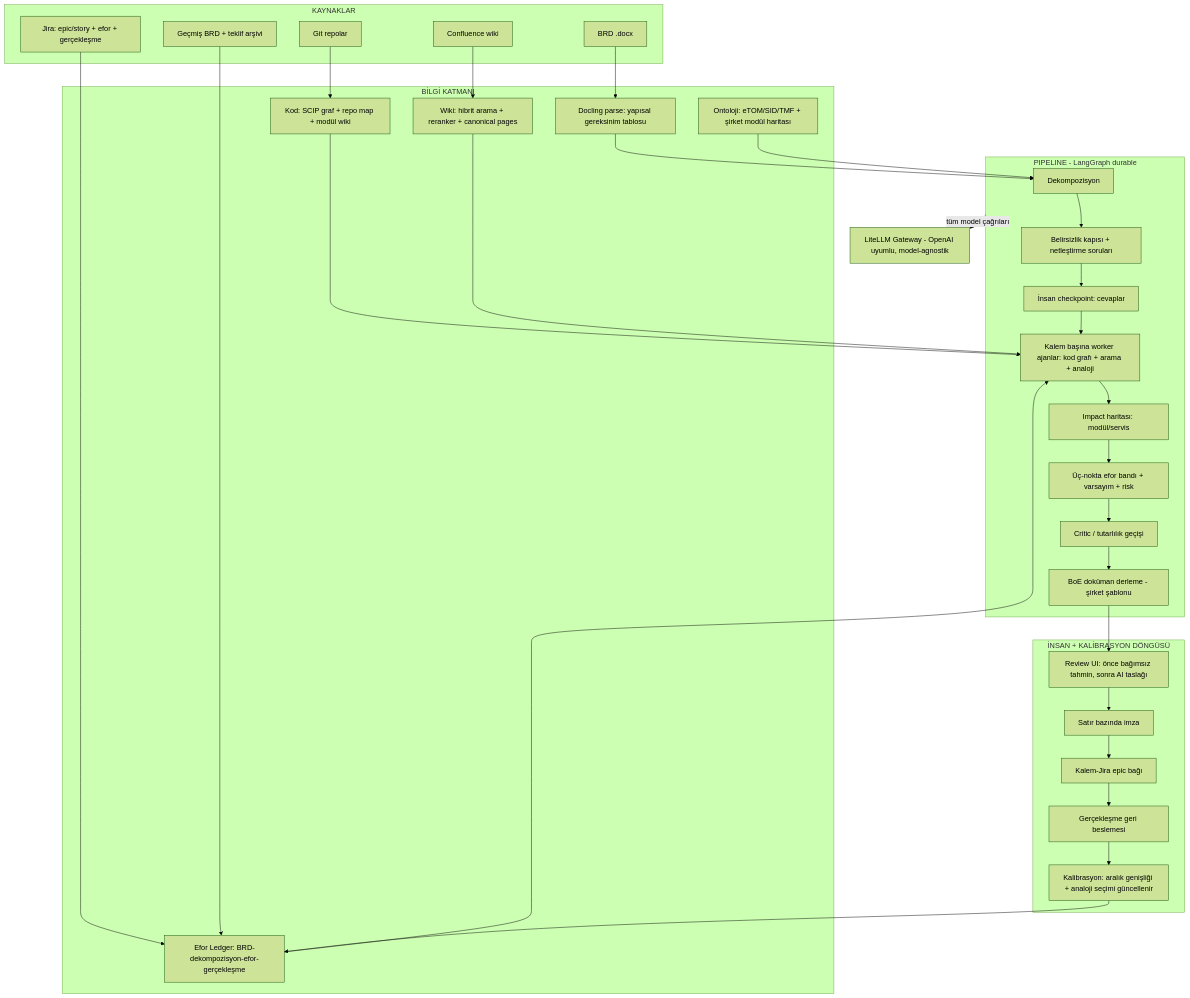
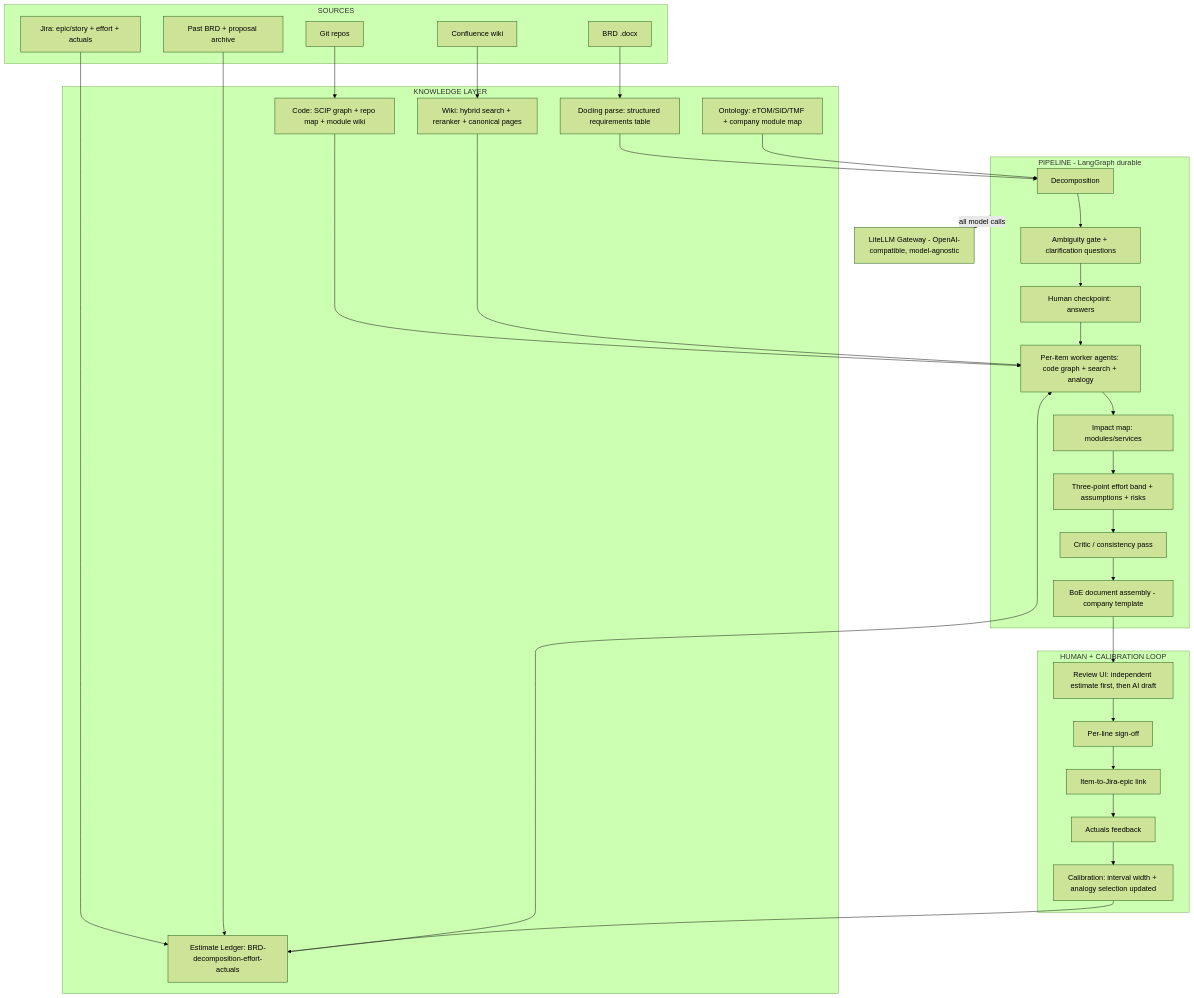
The diagram in docs/RESEARCH.md (Sangaibisi/estimo), drawn with Mermaid (forest theme) before and after one commit. The commit also changed other lines of this file and 16 other files, not shown here.

````diff
--- a/docs/RESEARCH.md
+++ b/docs/RESEARCH.md
@@ -102,52 +102,52 @@
 ```mermaid
 flowchart TB
-    subgraph SRC["KAYNAKLAR"]
+    subgraph SRC["SOURCES"]
         BRD["BRD .docx"]
         CONF["Confluence wiki"]
-        GIT["Git repolar"]
-        JIRA["Jira: epic/story + efor + gerçekleşme"]
-        ARC["Geçmiş BRD + teklif arşivi"]
+        GIT["Git repos"]
+        JIRA["Jira: epic/story + effort + actuals"]
+        ARC["Past BRD + proposal archive"]
     end
 
-    subgraph KNW["BİLGİ KATMANI"]
-        PARSE["Docling parse: yapısal gereksinim tablosu"]
-        CODE["Kod: SCIP graf + repo map + modül wiki"]
-        WIKI["Wiki: hibrit arama + reranker + canonical pages"]
-        LEDGER["Efor Ledger: BRD-dekompozisyon-efor-gerçekleşme"]
-        ONTO["Ontoloji: eTOM/SID/TMF + şirket modül haritası"]
+    subgraph KNW["KNOWLEDGE LAYER"]
+        PARSE["Docling parse: structured requirements table"]
+        CODE["Code: SCIP graph + repo map + module wiki"]
+        WIKI["Wiki: hybrid search + reranker + canonical pages"]
+        LEDGER["Estimate Ledger: BRD-decomposition-effort-actuals"]
+        ONTO["Ontology: eTOM/SID/TMF + company module map"]
     end
 
     subgraph PIPE["PIPELINE - LangGraph durable"]
-        DEC["Dekompozisyon"]
-        AMB["Belirsizlik kapısı + netleştirme soruları"]
-        HITL1["İnsan checkpoint: cevaplar"]
-        WRK["Kalem başına worker ajanlar: kod grafı + arama + analoji"]
-        IMP["Impact haritası: modül/servis"]
-        EST["Üç-nokta efor bandı + varsayım + risk"]
-        CRIT["Critic / tutarlılık geçişi"]
-        DOC["BoE doküman derleme - şirket şablonu"]
+        DEC["Decomposition"]
+        AMB["Ambiguity gate + clarification questions"]
+        HITL1["Human checkpoint: answers"]
+        WRK["Per-item worker agents: code graph + search + analogy"]
+        IMP["Impact map: modules/services"]
+        EST["Three-point effort band + assumptions + risks"]
+        CRIT["Critic / consistency pass"]
+        DOC["BoE document assembly - company template"]
     end
 
-    subgraph REV["İNSAN + KALİBRASYON DÖNGÜSÜ"]
-        UI["Review UI: önce bağımsız tahmin, sonra AI taslağı"]
-        SIGN["Satır bazında imza"]
-        LINK["Kalem-Jira epic bağı"]
-        ACT["Gerçekleşme geri beslemesi"]
-        CAL["Kalibrasyon: aralık genişliği + analoji seçimi güncellenir"]
+    subgraph REV["HUMAN + CALIBRATION LOOP"]
+        UI["Review UI: independent estimate first, then AI draft"]
+        SIGN["Per-line sign-off"]
+        LINK["Item-to-Jira-epic link"]
+        ACT["Actuals feedback"]
+        CAL["Calibration: interval width + analogy selection updated"]
     end
 
-    GW["LiteLLM Gateway - OpenAI uyumlu, model-agnostik"]
+    GW["LiteLLM Gateway - OpenAI-compatible, model-agnostic"]
 
     BRD --> PARSE --> DEC
     CONF --> WIKI
     GIT --> CODE
     JIRA --> LEDGER
     ARC --> LEDGER
     DEC --> AMB --> HITL1 --> WRK
     ONTO --> DEC
     CODE --> WRK
     WIKI --> WRK
     LEDGER --> WRK
     WRK --> IMP --> EST --> CRIT --> DOC --> UI --> SIGN --> LINK --> ACT --> CAL --> LEDGER
-    PIPE -.tüm model çağrıları.-> GW
+    PIPE -.all model calls.-> GW
 ```
````
